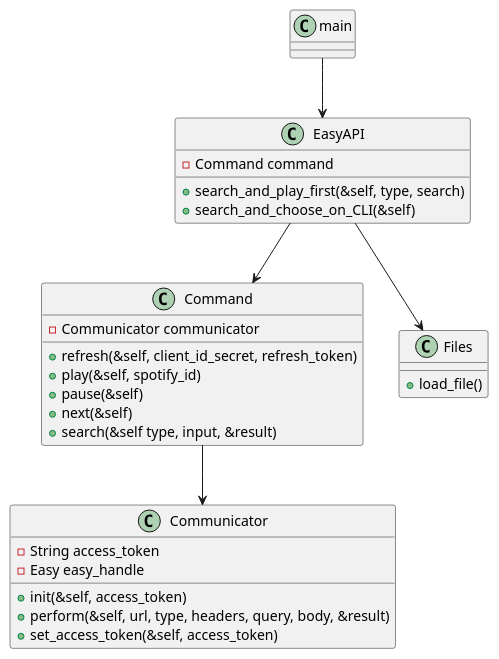
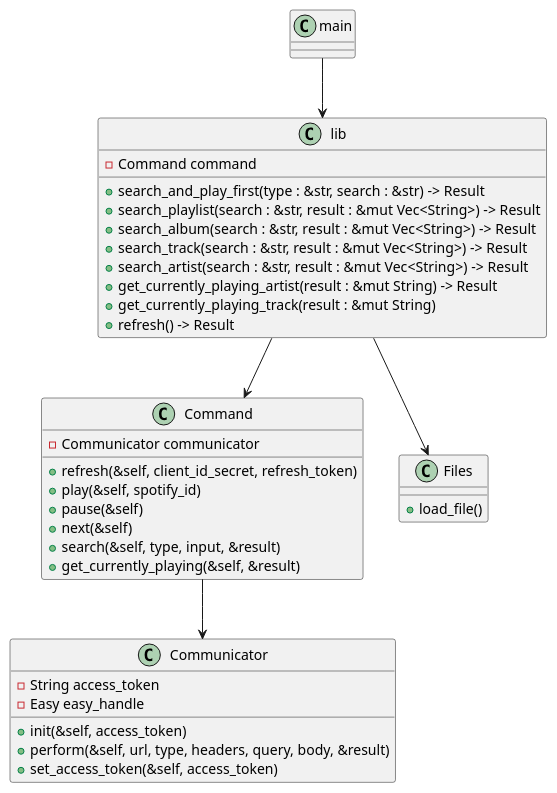
The diagram in doc/classes.pu (lethenju/spotify_rust), drawn with PlantUML before and after one commit.

Commit message:
Correct doc uml.. further work to be done here

```diff
--- a/doc/classes.pu
+++ b/doc/classes.pu
@@ -1,33 +1,40 @@
 @startuml
 
 class Communicator {
     - String access_token
     - Easy easy_handle
     + init(&self, access_token)
     + perform(&self, url, type, headers, query, body, &result)
     + set_access_token(&self, access_token)
 }
 
 class Command {
     - Communicator communicator
     + refresh(&self, client_id_secret, refresh_token)
     + play(&self, spotify_id)
     + pause(&self)
     + next(&self)
-    + search(&self type, input, &result)
+    + search(&self, type, input, &result)
+    + get_currently_playing(&self, &result)
 }
 
-class EasyAPI {
+class lib {
     - Command command
-    + search_and_play_first(&self, type, search)
-    + search_and_choose_on_CLI(&self)
+    + search_and_play_first(type : &str, search : &str) -> Result
+    + search_playlist(search : &str, result : &mut Vec<String>) -> Result
+    + search_album(search : &str, result : &mut Vec<String>) -> Result
+    + search_track(search : &str, result : &mut Vec<String>) -> Result
+    + search_artist(search : &str, result : &mut Vec<String>) -> Result
+    + get_currently_playing_artist(result : &mut String) -> Result
+    + get_currently_playing_track(result : &mut String)
+    + refresh() -> Result
 }
 
 class Files {
     + load_file()
 }
-main --> EasyAPI
-EasyAPI --> Files
-EasyAPI --> Command
+main --> lib
+lib --> Files
+lib --> Command
 Command --> Communicator
 @enduml
```
